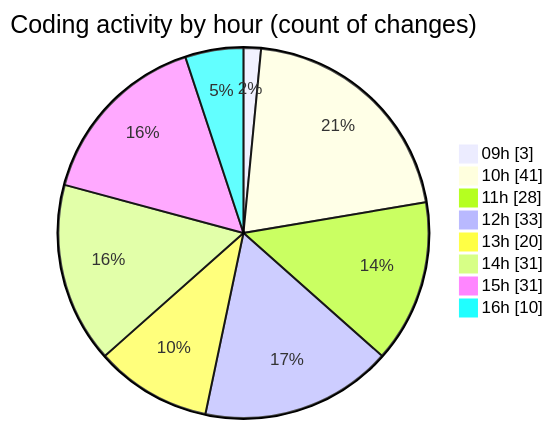
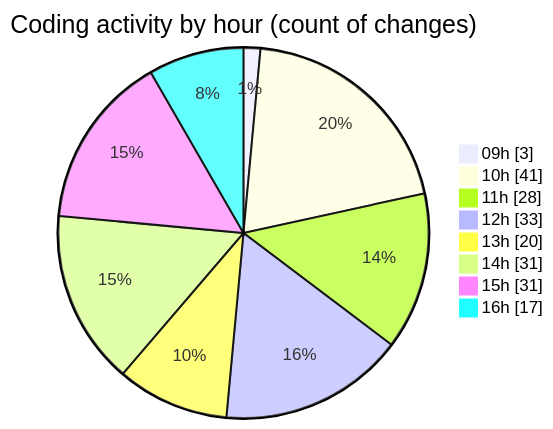
The second of 2 diagrams in 2025-05-19/ecodeli-1/README.md (CELIANVF/code-tracking), drawn with Mermaid before and after one commit. The commit also changed other lines of this file and 1 other file, not shown here.

````diff
--- a/2025-05-19/ecodeli-1/README.md
+++ b/2025-05-19/ecodeli-1/README.md
@@ -89,12 +90,12 @@
 ```mermaid
 pie showData
 title Coding activity by hour (count of changes)
 "09h" : 3
 "10h" : 41
 "11h" : 28
 "12h" : 33
 "13h" : 20
 "14h" : 31
 "15h" : 31
-"16h" : 10
+"16h" : 17
 ```
````
